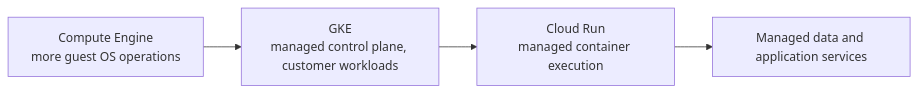
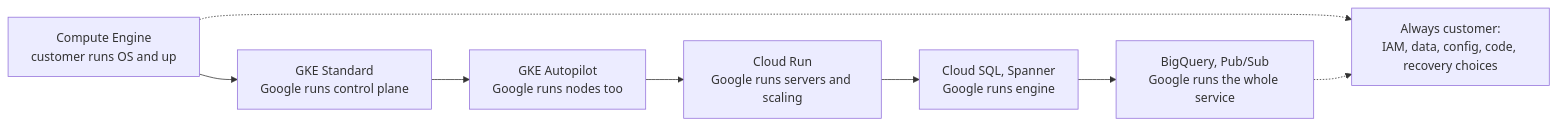
One commit to joydasss/Architect changed diagram 14 of 15 in 09_Cloud_Computing/CH03_GCP.md. Above: the diagram before and after it, drawn with Mermaid. The commit also changed other lines of this file and 295 other files, not shown here.

````diff
--- a/09_Cloud_Computing/CH03_GCP.md
+++ b/09_Cloud_Computing/CH03_GCP.md
@@ -167,6 +1062,10 @@
 ```mermaid
 flowchart LR
-    VM[Compute Engine<br/>more guest OS operations] --> GKE[GKE<br/>managed control plane, customer workloads]
-    GKE --> Run[Cloud Run<br/>managed container execution]
-    Run --> Managed[Managed data and application services]
+    CE["Compute Engine<br/>customer runs OS and up"] --> GS["GKE Standard<br/>Google runs control plane"]
+    GS --> GA["GKE Autopilot<br/>Google runs nodes too"]
+    GA --> CR["Cloud Run<br/>Google runs servers and scaling"]
+    CR --> MD["Cloud SQL, Spanner<br/>Google runs engine"]
+    MD --> SV["BigQuery, Pub/Sub<br/>Google runs the whole service"]
+    CE -.-> CUST["Always customer:<br/>IAM, data, config, code, recovery choices"]
+    SV -.-> CUST
 ```
````
